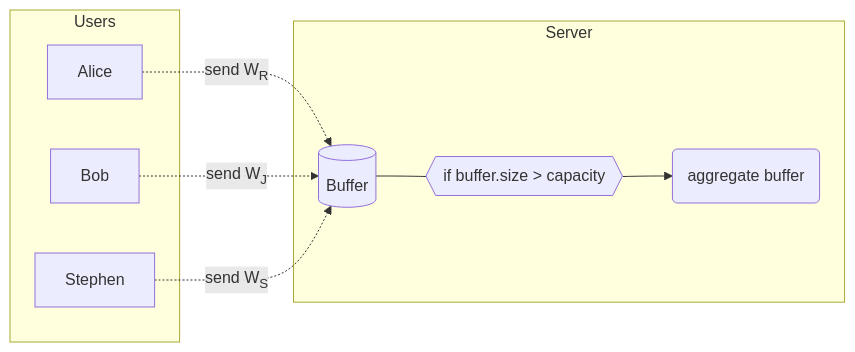
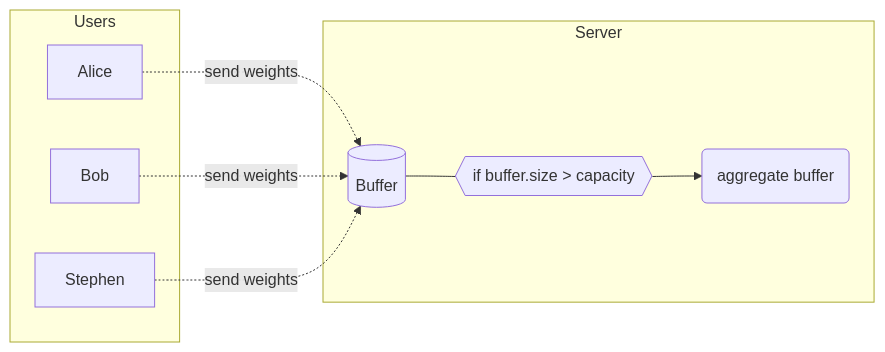
One commit to epfml/disco changed the fourth of 4 diagrams in docs/DISCOJS.md. Above: the diagram before and after it, drawn with Mermaid. The commit also changed other lines of this file, not shown here.

````diff
--- a/docs/DISCOJS.md
+++ b/docs/DISCOJS.md
@@ -194,14 +175,14 @@
 ```mermaid
 flowchart LR
-    Alice-.->|send W<sub>R</sub>|S
-    Bob-.->|send W<sub>J</sub>|S
-    Stephen-.->|send W<sub>S</sub>|S
+    Alice-.->|send weights|S
+    Bob-.->|send weights|S
+    Stephen-.->|send weights|S
     subgraph Users
         Alice
         Bob
         Stephen
     end
     subgraph Server
         S[(Buffer)]---I{{if buffer.size > capacity}}-->L(aggregate buffer)
     end
 ```
````
